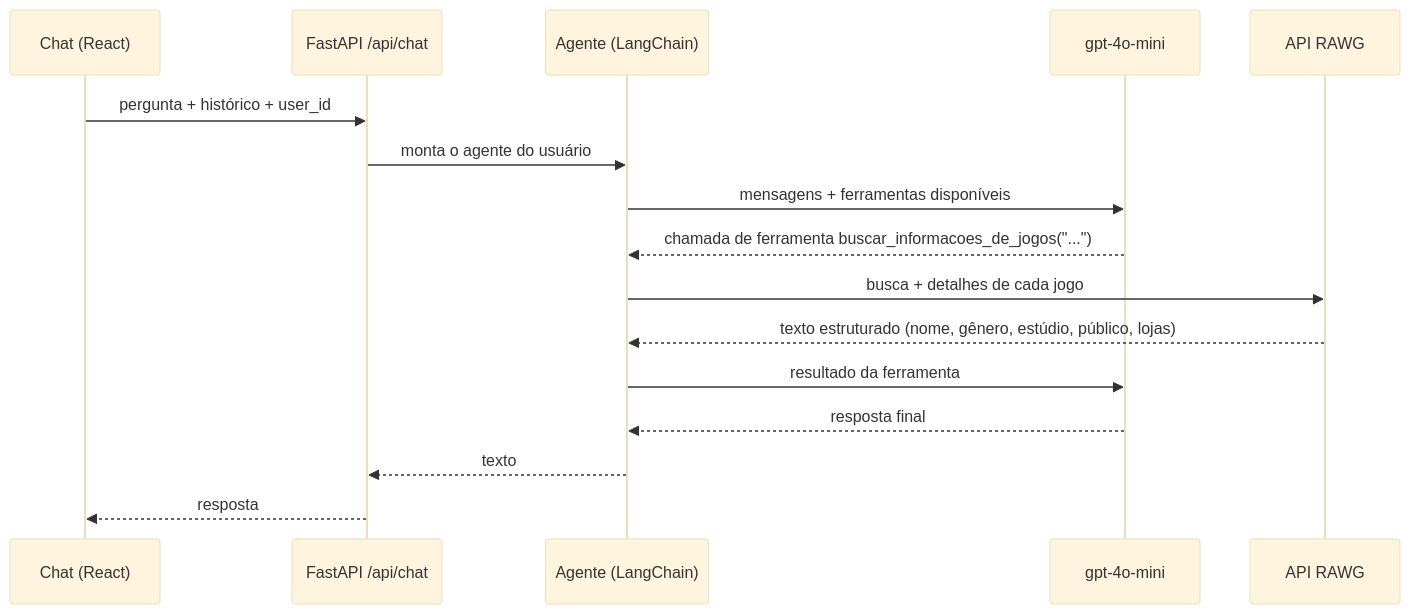
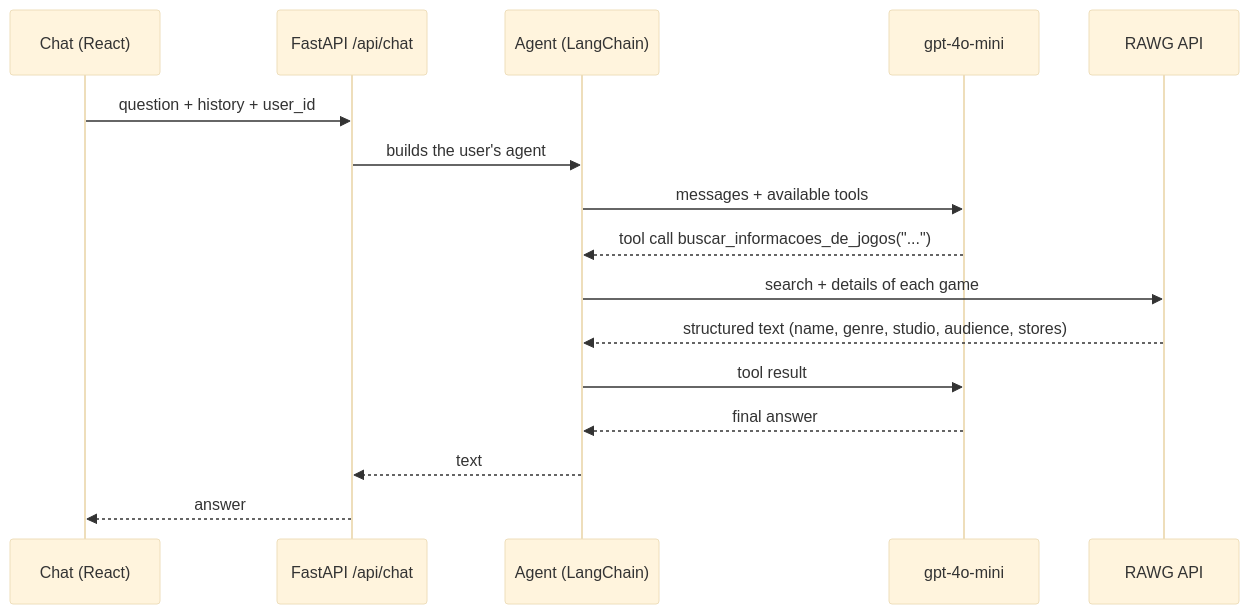
The diagram in README.md (ddmdros/Netplay), drawn with Mermaid (base theme) before and after one commit. The commit also changed other lines of this file, not shown here.

````diff
--- a/README.md
+++ b/README.md
@@ -13,18 +13,18 @@
 ```mermaid
 sequenceDiagram
     participant U as Chat (React)
     participant A as FastAPI /api/chat
-    participant G as Agente (LangChain)
+    participant G as Agent (LangChain)
     participant L as gpt-4o-mini
-    participant R as API RAWG
-    U->>A: pergunta + histórico + user_id
-    A->>G: monta o agente do usuário
-    G->>L: mensagens + ferramentas disponíveis
-    L-->>G: chamada de ferramenta buscar_informacoes_de_jogos("...")
-    G->>R: busca + detalhes de cada jogo
-    R-->>G: texto estruturado (nome, gênero, estúdio, público, lojas)
-    G->>L: resultado da ferramenta
-    L-->>G: resposta final
-    G-->>A: texto
-    A-->>U: resposta
+    participant R as RAWG API
+    U->>A: question + history + user_id
+    A->>G: builds the user's agent
+    G->>L: messages + available tools
+    L-->>G: tool call buscar_informacoes_de_jogos("...")
+    G->>R: search + details of each game
+    R-->>G: structured text (name, genre, studio, audience, stores)
+    G->>L: tool result
+    L-->>G: final answer
+    G-->>A: text
+    A-->>U: answer
 ```
````
